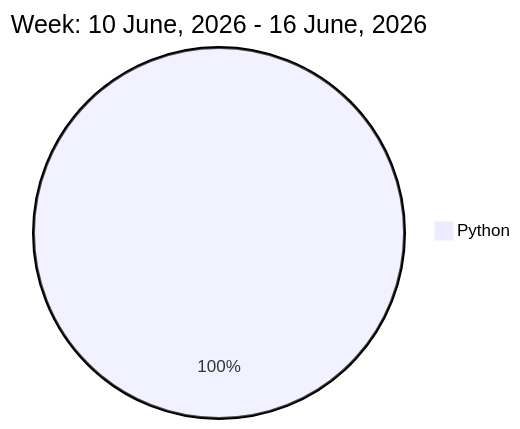
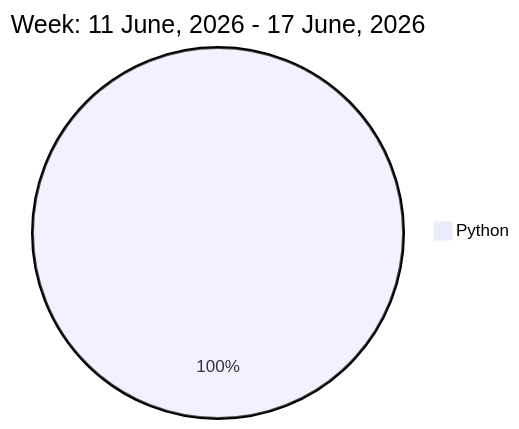
One commit to liubin95/liubin95 changed the diagram in README.md. Above: the diagram before and after it, drawn with Mermaid.

Commit message:
Updated the Graph with new Metrics

````diff
--- a/README.md
+++ b/README.md
@@ -32,5 +32,5 @@
 ```mermaid
  pie
-title Week: 10 June, 2026 - 16 June, 2026
- "Python" : 11.57
+title Week: 11 June, 2026 - 17 June, 2026
+ "Python" : 12.1
 ```
````
